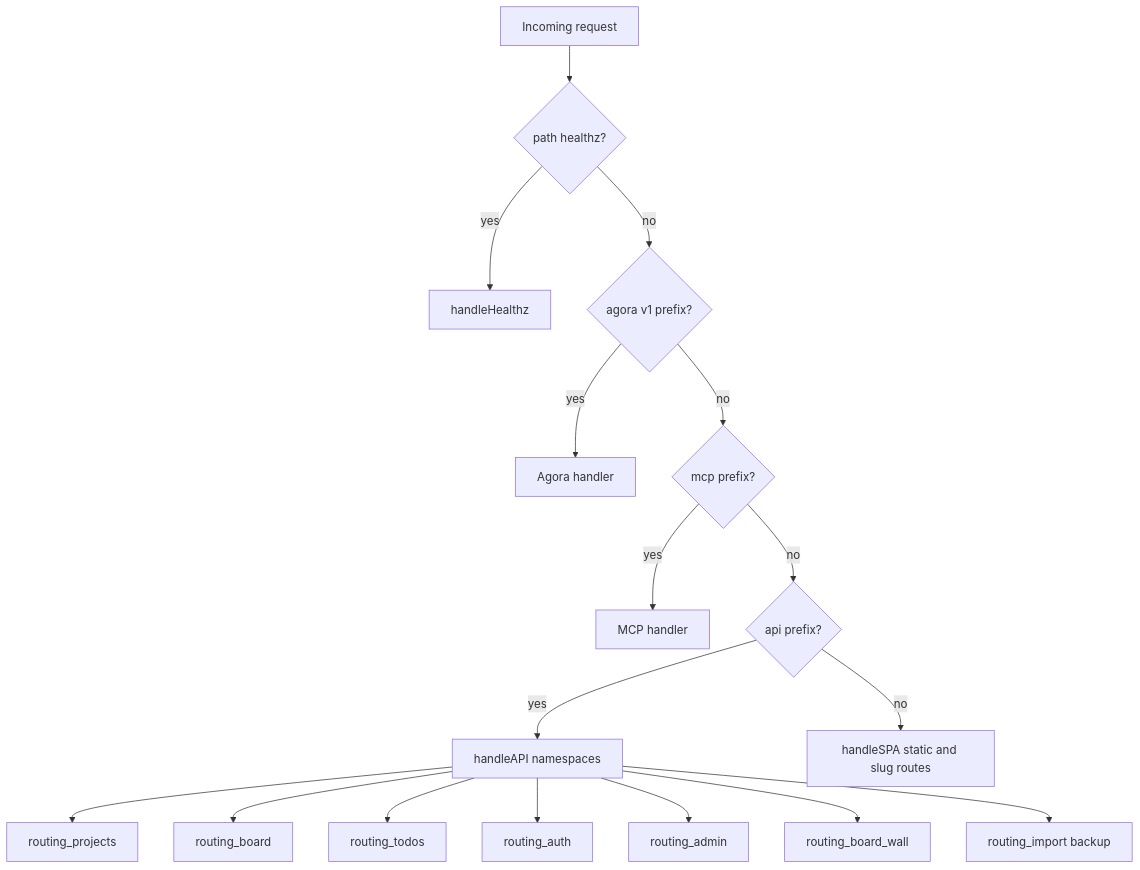
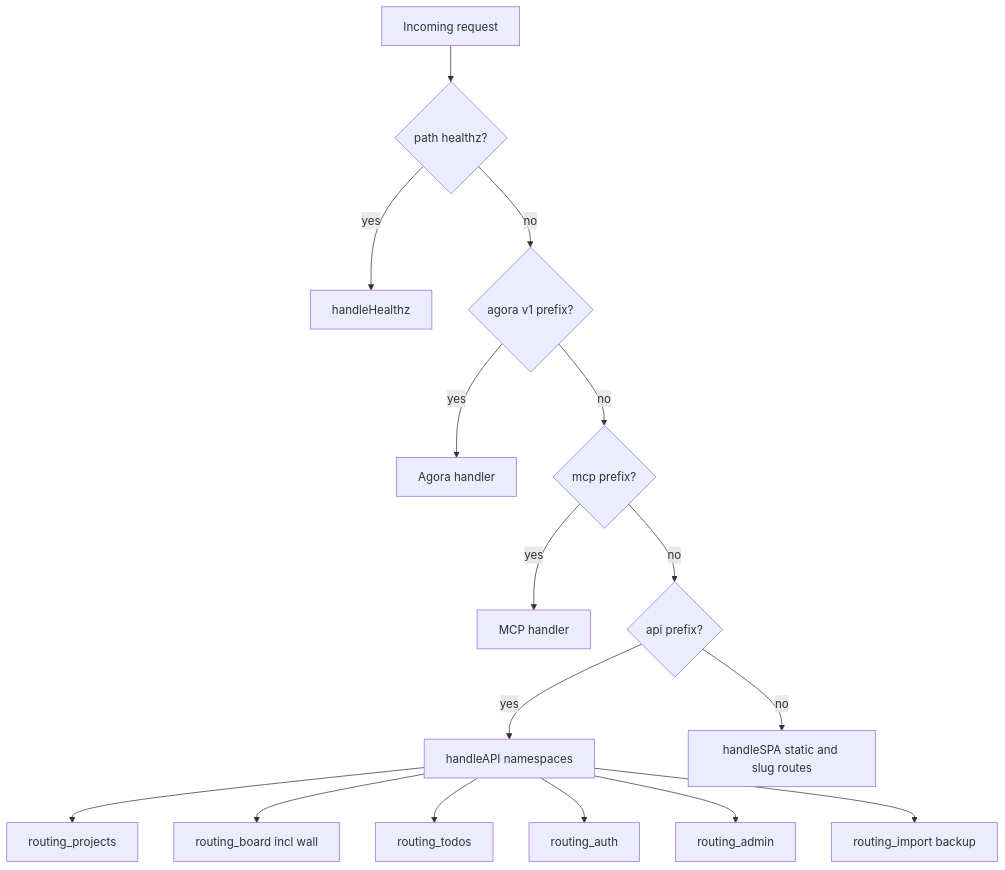
The diagram in docs/diagrams/scrumboy_http_routing.md (bhardwajRahul/scrumboy), drawn with Mermaid before and after one commit. The commit also changed other lines of this file and 10 other files, not shown here.

Commit message:
update documentation and diagrams to reflect current architectural reality

````diff
--- a/docs/diagrams/scrumboy_http_routing.md
+++ b/docs/diagrams/scrumboy_http_routing.md
@@ -5,21 +5,20 @@
 ```mermaid
 flowchart TD
   Req[Incoming request]
   Req --> Health{path healthz?}
   Health -->|yes| HZ[handleHealthz]
   Health -->|no| Agora{agora v1 prefix?}
   Agora -->|yes| AgH[Agora handler]
   Agora -->|no| MCP{mcp prefix?}
   MCP -->|yes| McpH[MCP handler]
   MCP -->|no| API{api prefix?}
   API -->|yes| ApiH[handleAPI namespaces]
   API -->|no| SpaH[handleSPA static and slug routes]
 
   ApiH --> RProj[routing_projects]
-  ApiH --> RBoard[routing_board]
+  ApiH --> RBoard[routing_board incl wall]
   ApiH --> RTodos[routing_todos]
   ApiH --> RAuth[routing_auth]
   ApiH --> RAdmin[routing_admin]
-  ApiH --> RWall[routing_board_wall]
   ApiH --> RImport[routing_import backup]
 ```
````
